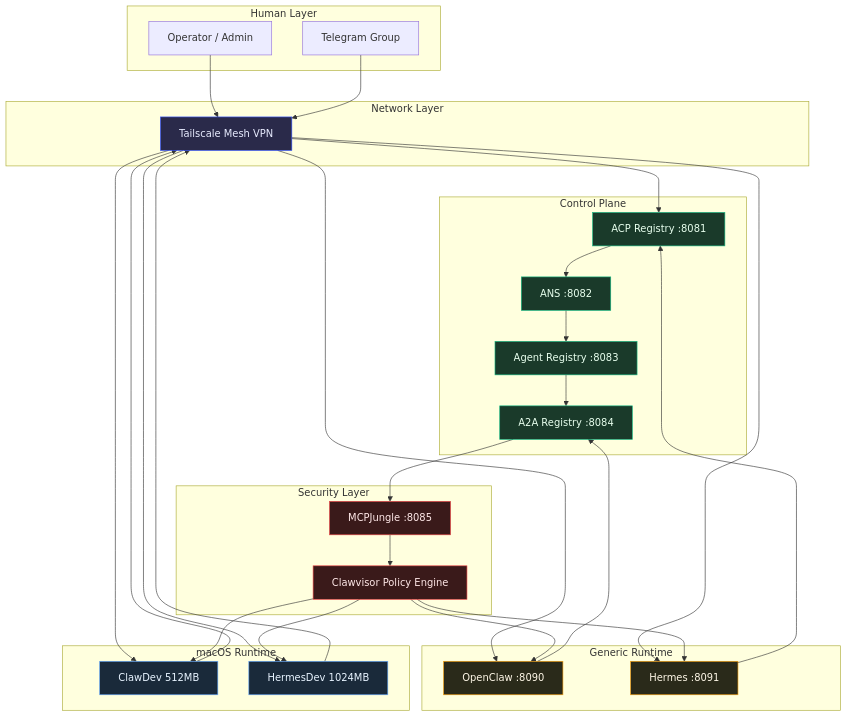
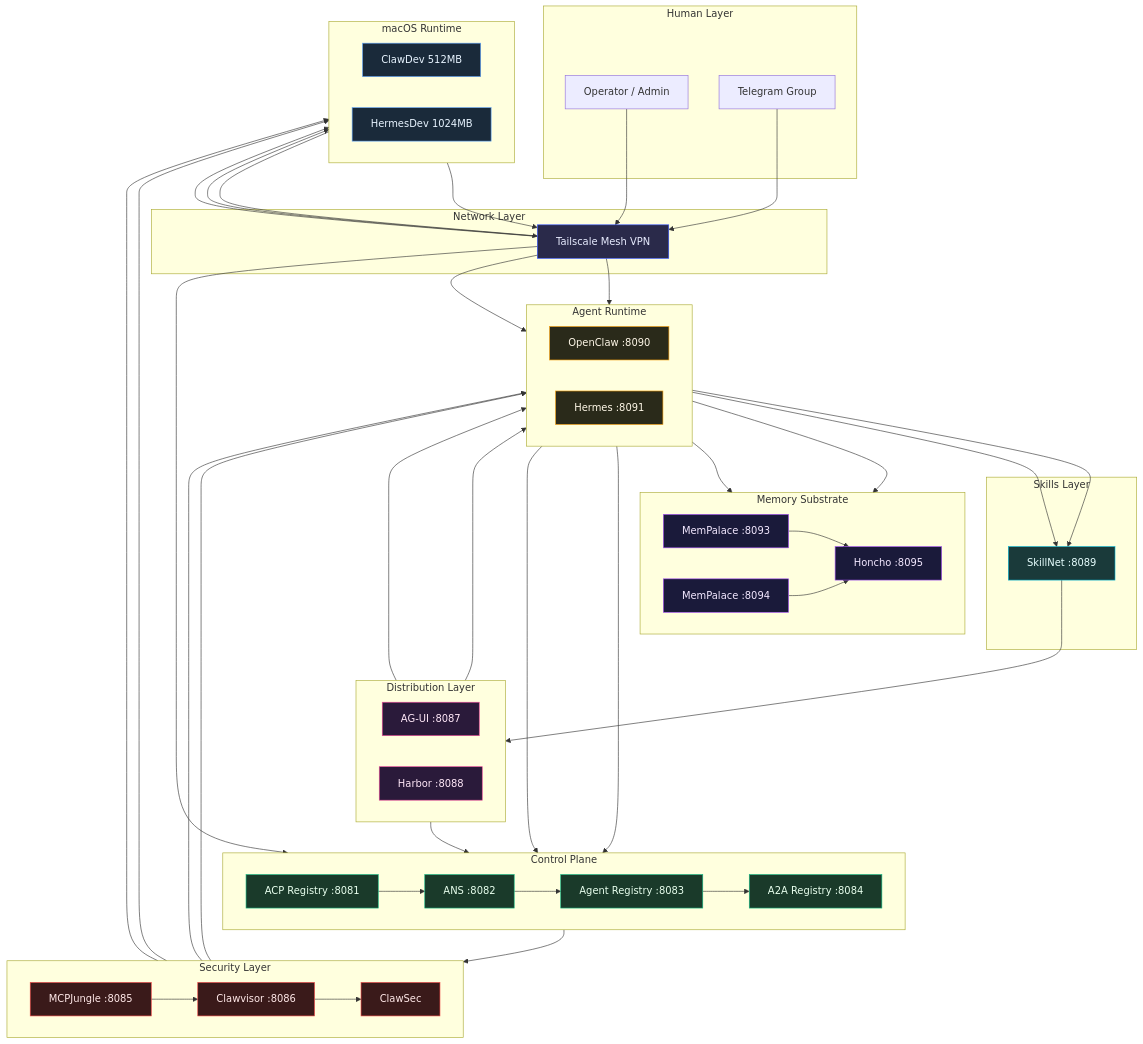
One commit to enuno/noesis-ansible changed the diagram in README.md. Above: the diagram before and after it, drawn with Mermaid. The commit also changed other lines of this file, not shown here.

First line of the commit message:
Update README.md architecture diagram and docs for v0.2.0

````diff
--- a/README.md
+++ b/README.md
@@ -92,6 +113,7 @@
     end
 
     subgraph Control["Control Plane"]
+        direction LR
         acp["ACP Registry :8081"]
         ans["ANS :8082"]
         ar["Agent Registry :8083"]
@@ -99,16 +121,37 @@
     end
 
     subgraph Security["Security Layer"]
+        direction LR
         mcp["MCPJungle :8085"]
-        cv["Clawvisor Policy Engine"]
+        cv["Clawvisor :8086"]
+        cs["ClawSec"]
     end
 
-    subgraph Runtime["Generic Runtime"]
+    subgraph Distribution["Distribution Layer"]
+        direction LR
+        agui["AG-UI :8087"]
+        harbor["Harbor :8088"]
+    end
+
+    subgraph Skills["Skills Layer"]
+        sk["SkillNet :8089"]
+    end
+
+    subgraph Runtime["Agent Runtime"]
+        direction LR
         oc["OpenClaw :8090"]
         hm["Hermes :8091"]
     end
 
+    subgraph Memory["Memory Substrate"]
+        direction LR
+        mp_oc["MemPalace :8093"]
+        mp_hm["MemPalace :8094"]
+        honcho["Honcho :8095"]
+    end
+
     subgraph MacOS["macOS Runtime"]
+        direction LR
         cd["ClawDev 512MB"]
         hd["HermesDev 1024MB"]
     end
@@ -126,25 +169,44 @@
     ar --> a2a
     a2a --> mcp
     mcp --> cv
+    cv --> cs
     cv --> oc
     cv --> hm
     cv --> cd
     cv --> hd
 
+    oc --> mp_oc
+    hm --> mp_hm
+    mp_oc --> honcho
+    mp_hm --> honcho
+
     oc --> a2a
     hm --> acp
+    oc --> sk
+    hm --> sk
+    sk --> harbor
+
     cd --> ts
     hd --> ts
+    agui --> ar
+    harbor --> oc
+    harbor --> hm
 
     classDef network fill:#2a2a4a,stroke:#3050FF,color:#E8ECFF
     classDef control fill:#1a3a2a,stroke:#10b981,color:#E8FFEE
     classDef security fill:#3a1a1a,stroke:#ef4444,color:#FFE8E8
     classDef runtime fill:#2a2a1a,stroke:#f59e0b,color:#FFF8E8
+    classDef memory fill:#1a1a3a,stroke:#a855f7,color:#F3E8FF
     classDef macos fill:#1a2a3a,stroke:#60a5fa,color:#E8F4FF
+    classDef dist fill:#2a1a3a,stroke:#ec4899,color:#FFE8F8
+    classDef skills fill:#1a3a3a,stroke:#06b6d4,color:#E8FFFF
 
     class ts network
     class acp,ans,ar,a2a control
-    class mcp,cv security
+    class mcp,cv,cs security
     class oc,hm runtime
+    class mp_oc,mp_hm,honcho memory
     class cd,hd macos
+    class agui,harbor dist
+    class sk skills
 ```
````
